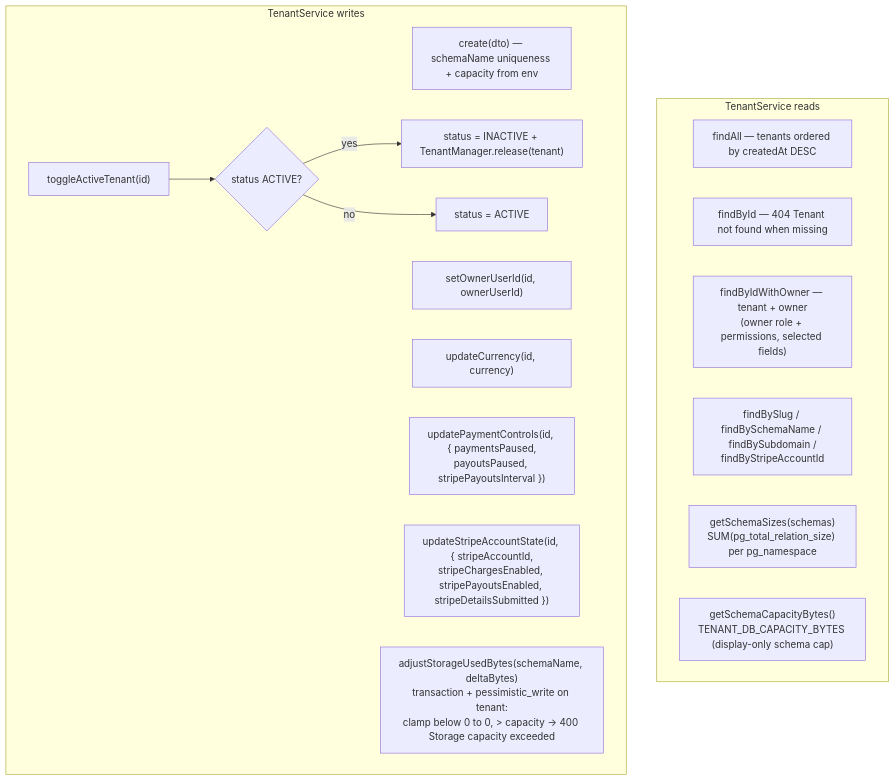
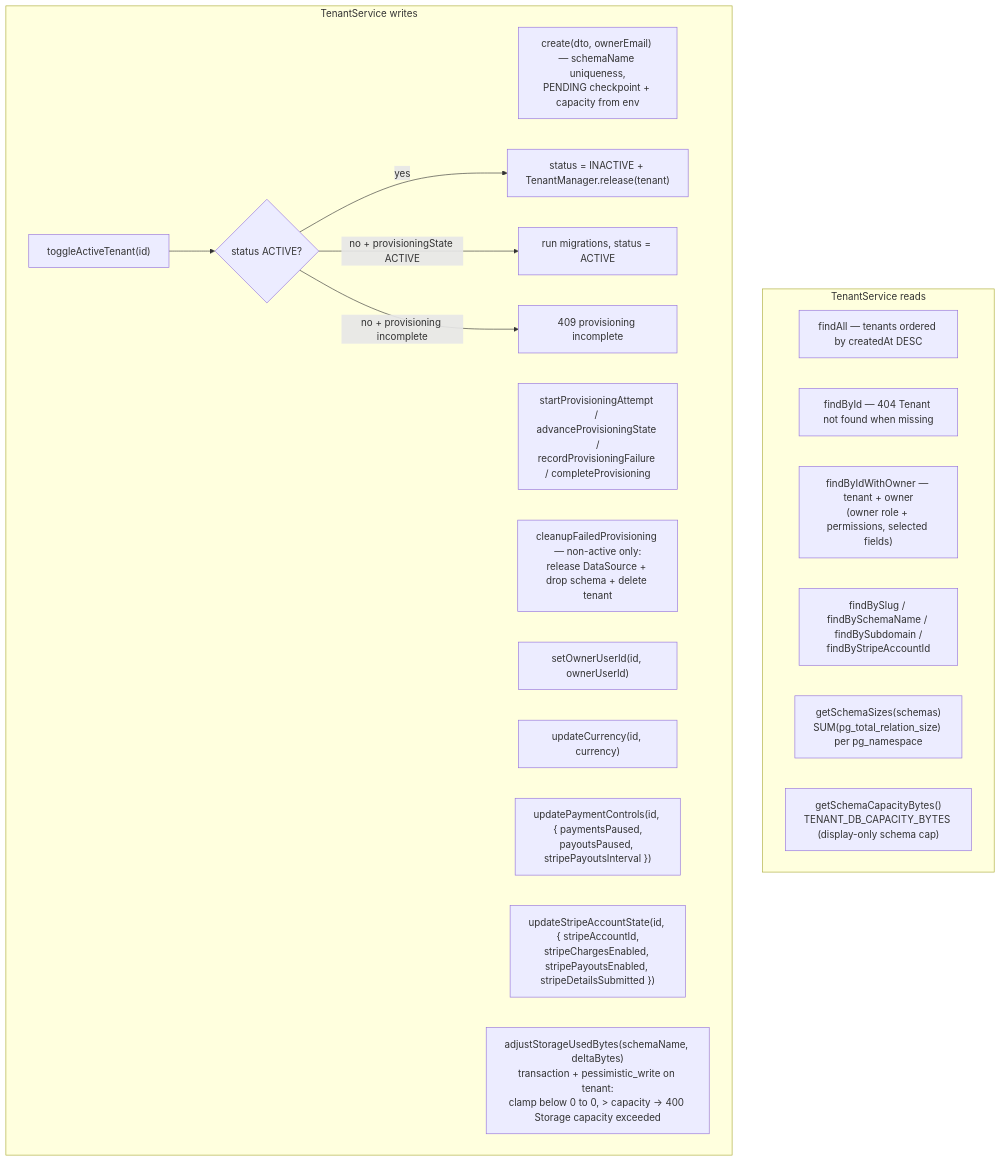
The third of 3 diagrams in apps/api/src/modules/tenants/workflow.md (DevBassel/saas_commerce), drawn with Mermaid before and after one commit. The commit also changed other lines of this file and 81 other files, not shown here.

````diff
--- a/apps/api/src/modules/tenants/workflow.md
+++ b/apps/api/src/modules/tenants/workflow.md
@@ -56,24 +63,27 @@
 ```mermaid
 flowchart TD
     subgraph READS["TenantService reads"]
         LIST["findAll — tenants ordered by createdAt DESC"]
         GETID["findById — 404 Tenant not found when missing"]
         GETOWN["findByIdWithOwner — tenant + owner<br/>(owner role + permissions, selected fields)"]
         LOOKUP["findBySlug / findBySchemaName / findBySubdomain /<br/>findByStripeAccountId"]
         SIZES["getSchemaSizes(schemas)<br/>SUM(pg_total_relation_size) per pg_namespace"]
         DBCAP["getSchemaCapacityBytes()<br/>TENANT_DB_CAPACITY_BYTES (display-only schema cap)"]
     end
 
     subgraph WRITES["TenantService writes"]
-        CREATE["create(dto) — schemaName uniqueness + capacity from env"]
+        CREATE["create(dto, ownerEmail) — schemaName uniqueness,<br/>PENDING checkpoint + capacity from env"]
+        STATE["startProvisioningAttempt / advanceProvisioningState /<br/>recordProvisioningFailure / completeProvisioning"]
+        CLEAN["cleanupFailedProvisioning — non-active only:<br/>release DataSource + drop schema + delete tenant"]
         OWNER["setOwnerUserId(id, ownerUserId)"]
         TOGGLE["toggleActiveTenant(id)"]
         TOGGLE --> T1{"status ACTIVE?"}
         T1 -->|"yes"| T2["status = INACTIVE + TenantManager.release(tenant)"]
-        T1 -->|"no"| T3["status = ACTIVE"]
+        T1 -->|"no + provisioningState ACTIVE"| T3["run migrations, status = ACTIVE"]
+        T1 -->|"no + provisioning incomplete"| T3E["409 provisioning incomplete"]
         CURRENCY["updateCurrency(id, currency)"]
         CONTROLS["updatePaymentControls(id, { paymentsPaused,<br/>payoutsPaused, stripePayoutsInterval })"]
         STRIPE["updateStripeAccountState(id, { stripeAccountId,<br/>stripeChargesEnabled, stripePayoutsEnabled, stripeDetailsSubmitted })"]
         STORAGE["adjustStorageUsedBytes(schemaName, deltaBytes)<br/>transaction + pessimistic_write on tenant:<br/>clamp below 0 to 0, > capacity -> 400 Storage capacity exceeded"]
     end
 ```
````
